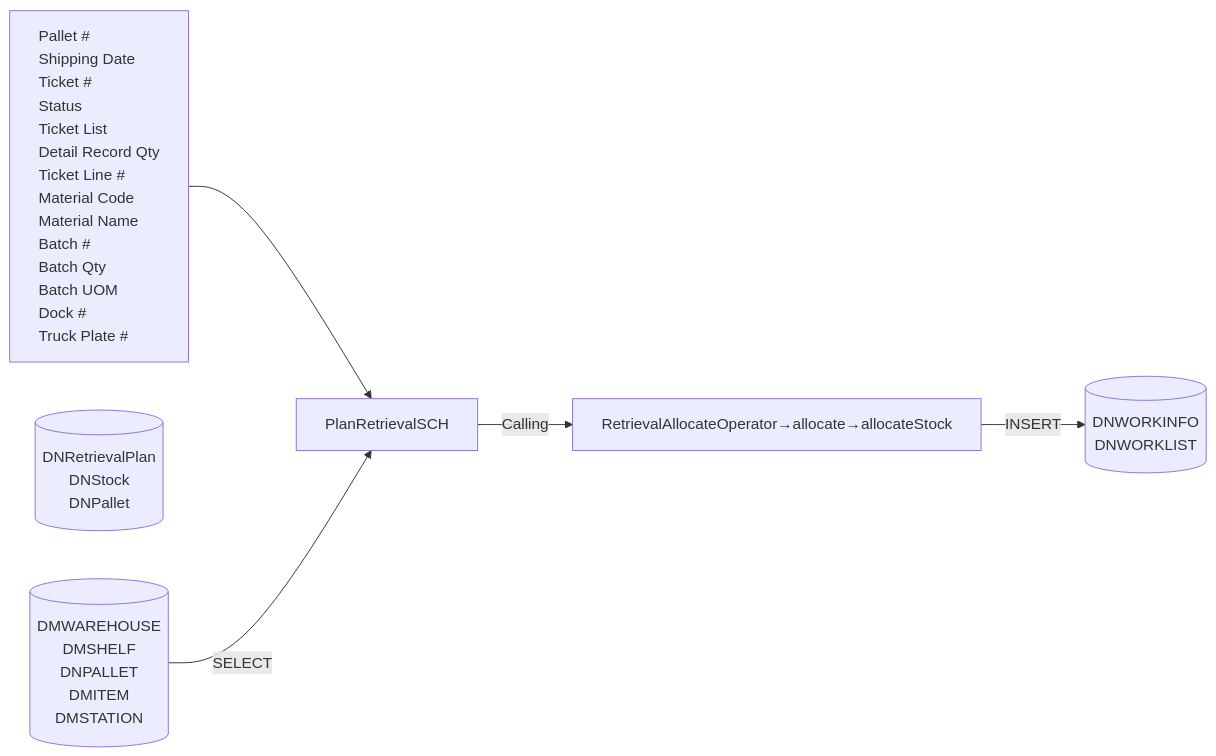
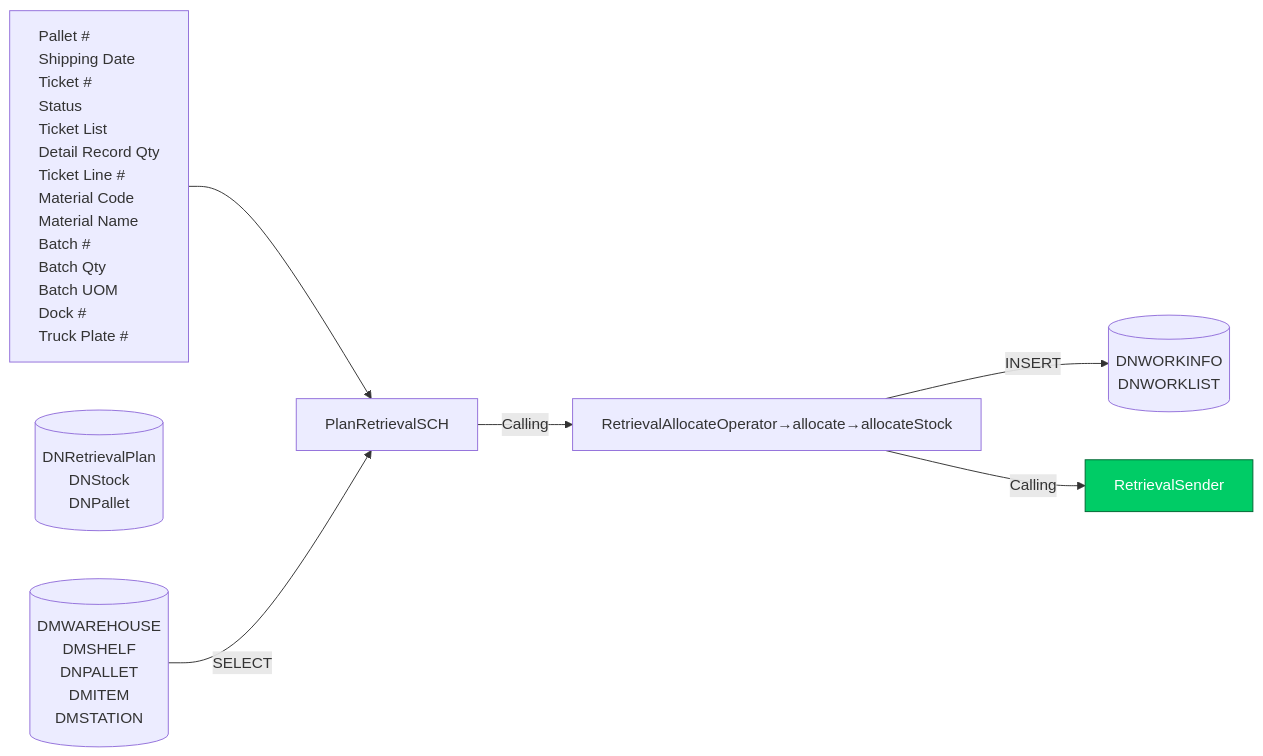
Before and after one commit to luthfiadityaa/SimeDarby-Wiki: the third of 11 diagrams in Basic-Design/DFD-WMS/Retrieval/Planned-Retrieval-to-HP-Area.md, drawn with Mermaid.

Commit message:
Updated Planned Retrieval to HP Area

```diff
--- a/Basic-Design/DFD-WMS/Retrieval/Planned-Retrieval-to-HP-Area.md
+++ b/Basic-Design/DFD-WMS/Retrieval/Planned-Retrieval-to-HP-Area.md
@@ -116,46 +116,50 @@
 ::: mermaid
 flowchart LR
     input[
         Pallet #
         Shipping Date
         Ticket #
         Status
         Ticket List
         Detail Record Qty
         Ticket Line #
         Material Code
         Material Name
         Batch #
         Batch Qty
         Batch UOM
         Dock #
         Truck Plate #    
     ]
 
     tableList-insert[("
         DNWORKINFO
         DNWORKLIST
     ")]
 
     tableList-update[("
         DNRetrievalPlan
         DNStock
         DNPallet
     ")]
 
      tableList-select[("
         DMWAREHOUSE
         DMSHELF
         DNPALLET
         DMITEM
         DMSTATION
     ")]
 
     className[PlanRetrievalSCH]
     className--> |Calling| methodName[RetrievalAllocateOperator→allocate→allocateStock] --> |INSERT| tableList-insert
     input --> className
     tableList-select --> |SELECT| className
+    methodName--> |Calling| P1[RetrievalSender]
+
+    click P1 "https://dev.azure.com/Daifuku-SW/ID_SimeDarbyPlantation/_wiki/wikis/ID_SimeDarbyPlantation.wiki/956/Stacked-Empty-Pallet?anchor=retrieval-sender" "Go to Retrieval Retrieval Sender"
+    style P1 fill:#00cc66,stroke:#006633,color:#ffffff
 
     classDef leftAlign text-align:left;
     class input leftAlign;
 :::
```
